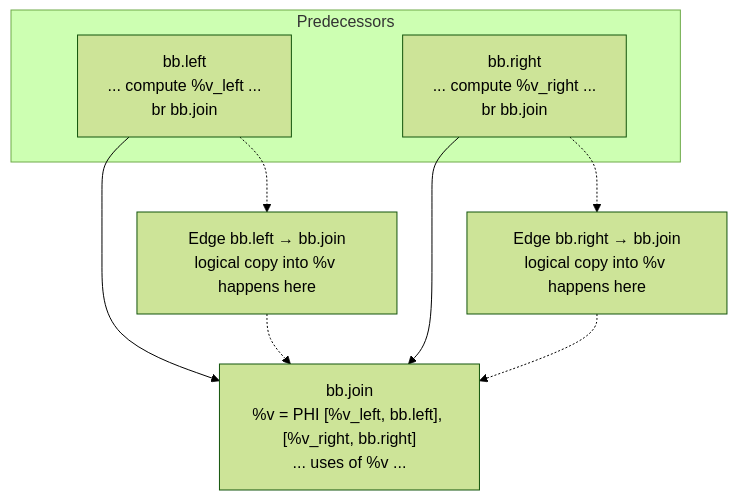
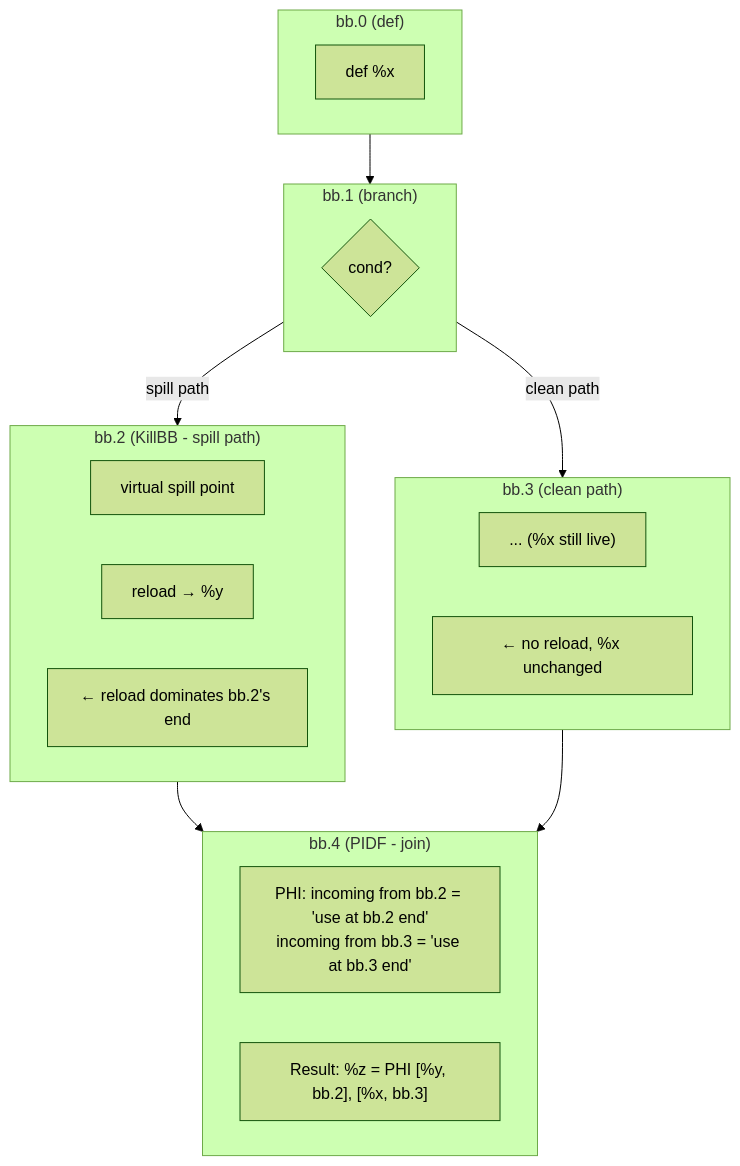
One commit to alex-t/ssa-spiller-docs changed the fifth of 15 diagrams in SSA_Spiller/04-Design/SSA_SPILLER_DESIGN.md. Above: the diagram before and after it, drawn with Mermaid (forest theme). The commit also changed other lines of this file, not shown here.

````diff
--- a/SSA_Spiller/04-Design/SSA_SPILLER_DESIGN.md
+++ b/SSA_Spiller/04-Design/SSA_SPILLER_DESIGN.md
@@ -164,19 +249,32 @@
 ```mermaid
-flowchart TB
-  subgraph P["Predecessors"]
-    L["bb.left<br/>... compute %v_left ...<br/>br bb.join"]
-    R["bb.right<br/>... compute %v_right ...<br/>br bb.join"]
+flowchart TD
+  subgraph bb0["bb.0 (def)"]
+    def["def %x"]
   end
-
-  J["bb.join<br/>%v = PHI [%v_left, bb.left], [%v_right, bb.right]<br/>... uses of %v ..."]
-
-  L --> J
-  R --> J
-
-  EL["Edge bb.left → bb.join<br/>logical copy into %v happens here"]
-  ER["Edge bb.right → bb.join<br/>logical copy into %v happens here"]
-
-  L -.-> EL -.-> J
-  R -.-> ER -.-> J
-
+  
+  subgraph bb1["bb.1 (branch)"]
+    branch{"cond?"}
+  end
+  
+  subgraph bb2["bb.2 (KillBB - spill path)"]
+    spill["virtual spill point"]
+    reload["reload → %y"]
+    note2["← reload dominates bb.2's end"]
+  end
+  
+  subgraph bb3["bb.3 (clean path)"]
+    clean["... (%x still live)"]
+    note3["← no reload, %x unchanged"]
+  end
+  
+  subgraph bb4["bb.4 (PIDF - join)"]
+    phi["PHI: incoming from bb.2 = 'use at bb.2 end'<br/>incoming from bb.3 = 'use at bb.3 end'"]
+    result["Result: %z = PHI [%y, bb.2], [%x, bb.3]"]
+  end
+  
+  bb0 --> bb1
+  bb1 -->|"spill path"| bb2
+  bb1 -->|"clean path"| bb3
+  bb2 --> bb4
+  bb3 --> bb4
 ```
````
